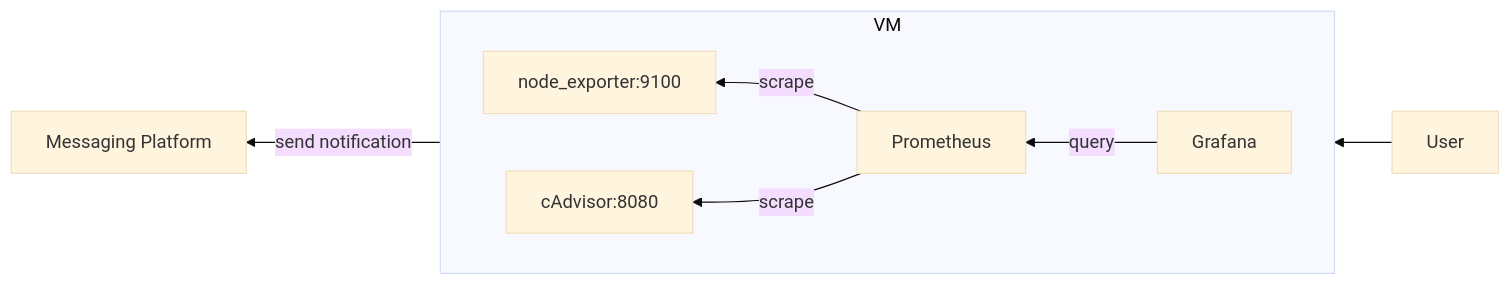
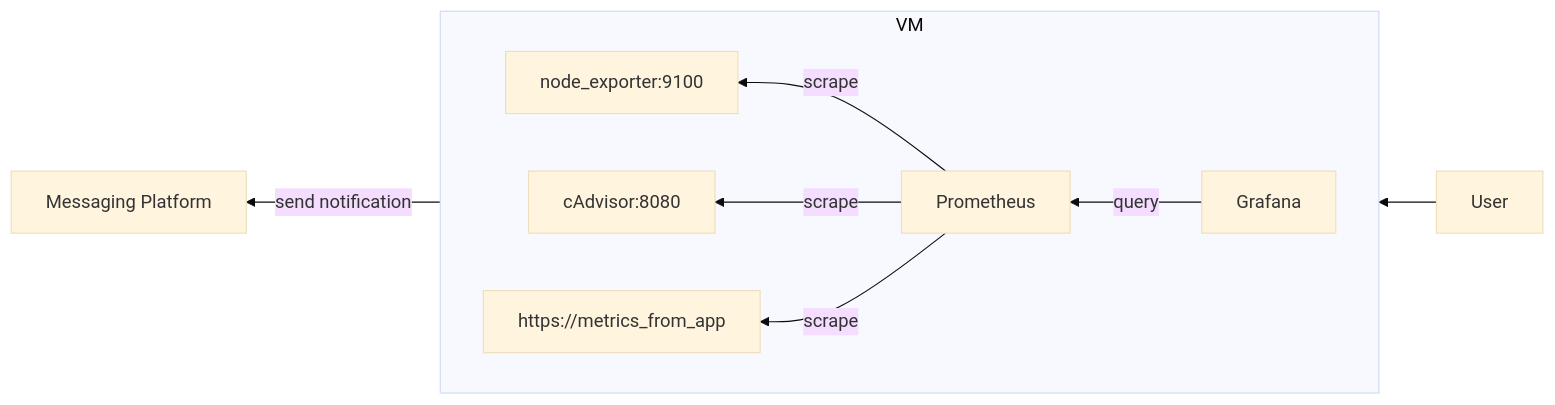
The diagram in README.md (roboticpuppies/prometheus-docker), drawn with Mermaid (base theme) before and after one commit.

Commit message:
add customApp in graph

````diff
--- a/README.md
+++ b/README.md
@@ -7,12 +7,13 @@
 ```mermaid
 flowchart RL
   subgraph VM
     direction RL
     direction RL
     Prometheus --> |scrape| NodeExporter["node_exporter:9100"]
     Prometheus --> |scrape| cAdvisor["cAdvisor:8080"]
+    Prometheus --> |scrape| customApp["https://metrics_from_app"]
     Grafana --> |query| Prometheus
   end
 Grafana --> |send notification| MessagingPlatform["Messaging Platform"]
 User --> Grafana
 ```
````
